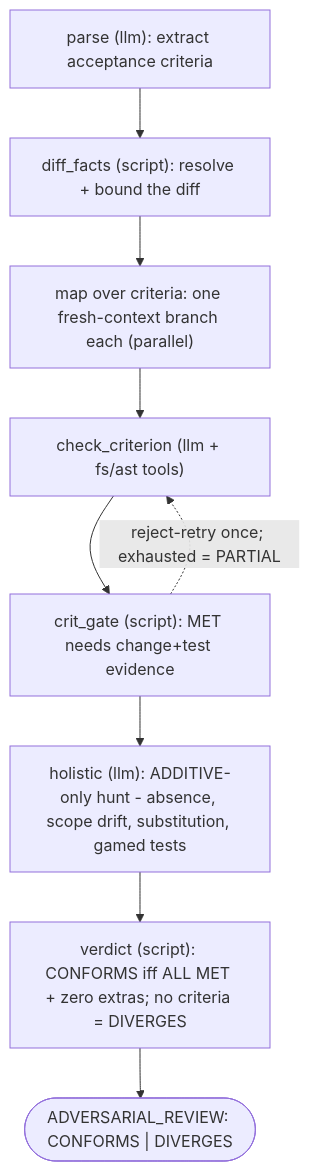
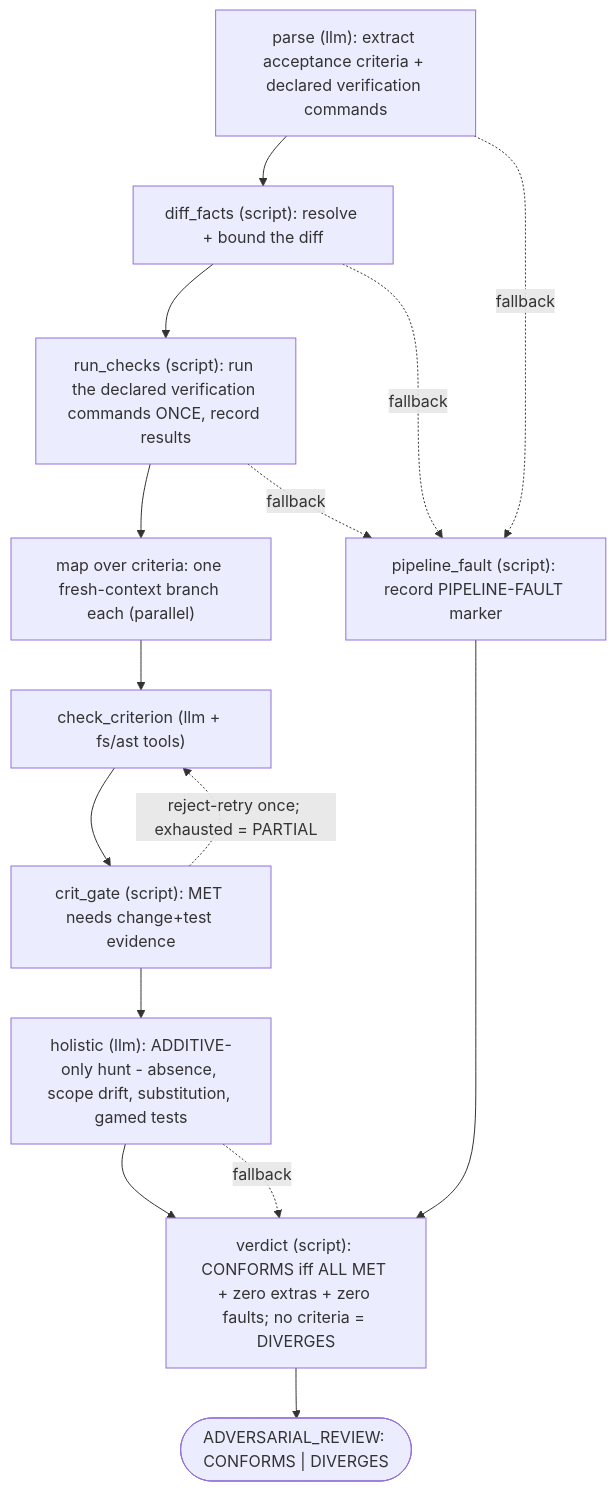
The diagram in assets/agents/adversary/README.md (Dark-Alex-17/coyote), drawn with Mermaid before and after one commit. The commit also changed other lines of this file and 7 other files, not shown here.

Commit message:
docs: sync agent READMEs + diagrams with resilience hardening

````diff
--- a/assets/agents/adversary/README.md
+++ b/assets/agents/adversary/README.md
@@ -61,11 +67,17 @@
 ```mermaid
 flowchart TD
-    A["parse (llm): extract acceptance criteria"] --> B["diff_facts (script): resolve + bound the diff"]
-    B --> C["map over criteria: one fresh-context branch each (parallel)"]
+    A["parse (llm): extract acceptance criteria + declared verification commands"] --> B["diff_facts (script): resolve + bound the diff"]
+    B --> R["run_checks (script): run the declared verification commands ONCE, record results"]
+    R --> C["map over criteria: one fresh-context branch each (parallel)"]
     C --> D["check_criterion (llm + fs/ast tools)"]
     D --> E["crit_gate (script): MET needs change+test evidence"]
     E -. "reject-retry once; exhausted = PARTIAL" .-> D
     E --> F["holistic (llm): ADDITIVE-only hunt - absence, scope drift, substitution, gamed tests"]
-    F --> G["verdict (script): CONFORMS iff ALL MET + zero extras; no criteria = DIVERGES"]
+    F --> G["verdict (script): CONFORMS iff ALL MET + zero extras + zero faults; no criteria = DIVERGES"]
     G --> H(["ADVERSARIAL_REVIEW: CONFORMS | DIVERGES"])
+    A -. "fallback" .-> P["pipeline_fault (script): record PIPELINE-FAULT marker"]
+    B -. "fallback" .-> P
+    R -. "fallback" .-> P
+    F -. "fallback" .-> G
+    P --> G
 ```
````
